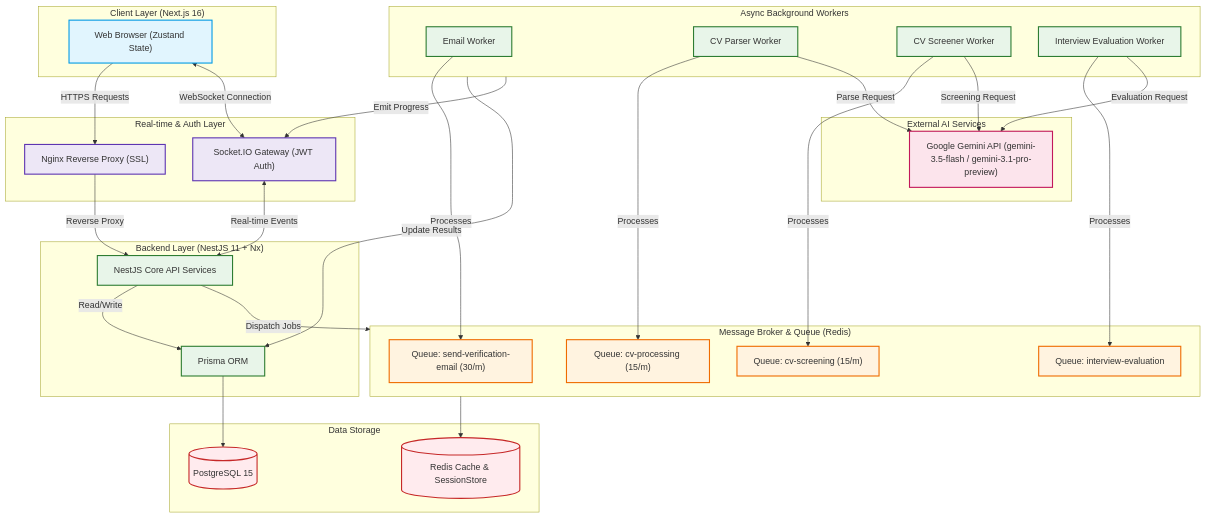
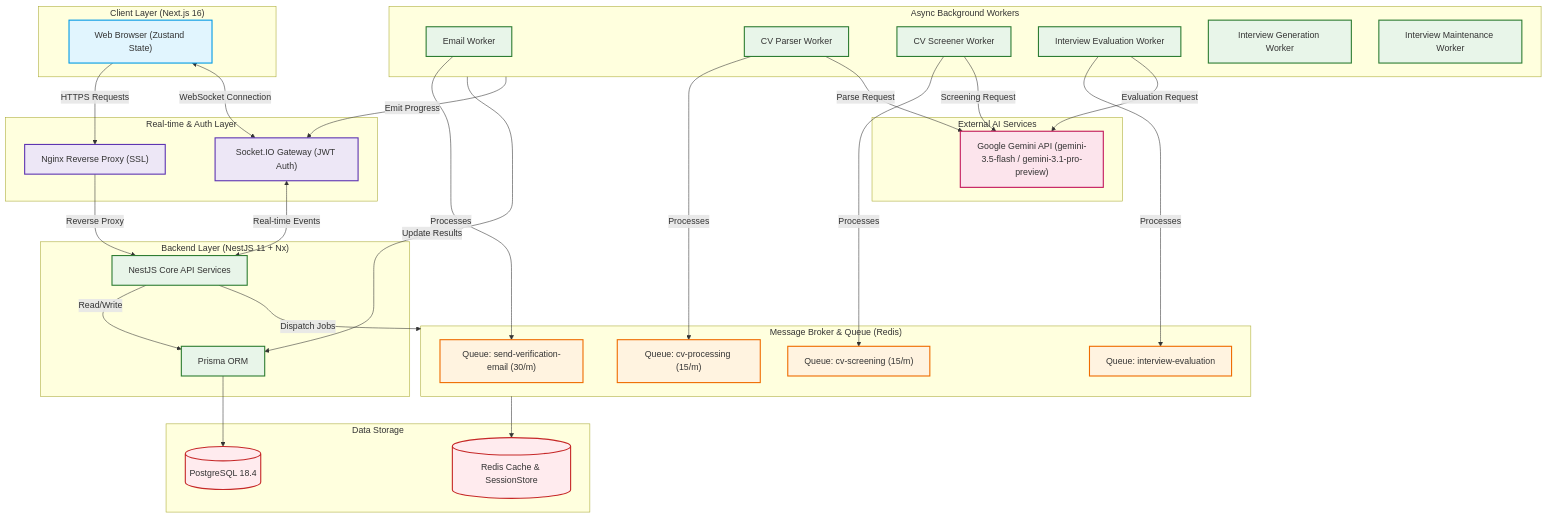
The diagram in README.md (quangtienngo661/ats-platform), drawn with Mermaid before and after one commit. The commit also changed other lines of this file and 51 other files, not shown here.

First line of the commit message:
docs: sync SRS, use cases, ERD and architecture with the multi-tenant model

````diff
--- a/README.md
+++ b/README.md
@@ -52,72 +52,74 @@
 ```mermaid
 graph TD
     %% Styling
     classDef client fill:#e1f5fe,stroke:#039be5,stroke-width:2px;
     classDef gateway fill:#ede7f6,stroke:#5e35b1,stroke-width:2px;
     classDef api fill:#e8f5e9,stroke:#2e7d32,stroke-width:2px;
     classDef queue fill:#fff3e0,stroke:#ef6c00,stroke-width:2px;
     classDef db fill:#ffebee,stroke:#c62828,stroke-width:2px;
     classDef external fill:#fce4ec,stroke:#c2185b,stroke-width:2px;
 
     %% Nodes
     subgraph Client ["Client Layer (Next.js 16)"]
         Browser["Web Browser (Zustand State)"]:::client
     end
 
     subgraph Gateway ["Real-time & Auth Layer"]
         Nginx["Nginx Reverse Proxy (SSL)"]:::gateway
         SocketIO["Socket.IO Gateway (JWT Auth)"]:::gateway
     end
 
     subgraph Backend ["Backend Layer (NestJS 11 + Nx)"]
         API["NestJS Core API Services"]:::api
         DB_Prisma["Prisma ORM"]:::api
     end
 
     subgraph Broker ["Message Broker & Queue (Redis)"]
         Queue_Verify["Queue: send-verification-email (30/m)"]:::queue
         Queue_Parse["Queue: cv-processing (15/m)"]:::queue
         Queue_Screen["Queue: cv-screening (15/m)"]:::queue
         Queue_Interview["Queue: interview-evaluation"]:::queue
     end
 
     subgraph Workers ["Async Background Workers"]
         Worker_Verify["Email Worker"]:::api
         Worker_Parse["CV Parser Worker"]:::api
         Worker_Screen["CV Screener Worker"]:::api
         Worker_Interview["Interview Evaluation Worker"]:::api
+        Worker_Generation["Interview Generation Worker"]:::api
+        Worker_Maintenance["Interview Maintenance Worker"]:::api
     end
 
     subgraph Database ["Data Storage"]
-        Postgres[(PostgreSQL 15)]:::db
+        Postgres[(PostgreSQL 18.4)]:::db
         Redis[(Redis Cache & SessionStore)]:::db
     end
 
     subgraph AI ["External AI Services"]
         Gemini["Google Gemini API (gemini-3.5-flash / gemini-3.1-pro-preview)"]:::external
     end
 
     %% Connections
     Browser -->|HTTPS Requests| Nginx
     Nginx -->|Reverse Proxy| API
     Browser <-->|WebSocket Connection| SocketIO
     SocketIO <-->|Real-time Events| API
     
     API -->|Read/Write| DB_Prisma
     DB_Prisma --> Postgres
     
     API -->|Dispatch Jobs| Broker
     Broker --> Redis
     
     Worker_Verify -->|Processes| Queue_Verify
     Worker_Parse -->|Processes| Queue_Parse
     Worker_Screen -->|Processes| Queue_Screen
     Worker_Interview -->|Processes| Queue_Interview
     
     Worker_Parse -->|Parse Request| Gemini
     Worker_Screen -->|Screening Request| Gemini
     Worker_Interview -->|Evaluation Request| Gemini
     
     Workers -->|Update Results| DB_Prisma
     Workers -->|Emit Progress| SocketIO
 ```
````
